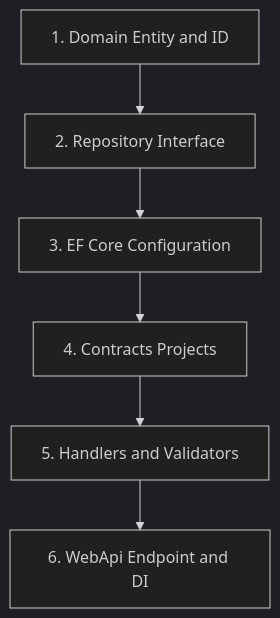
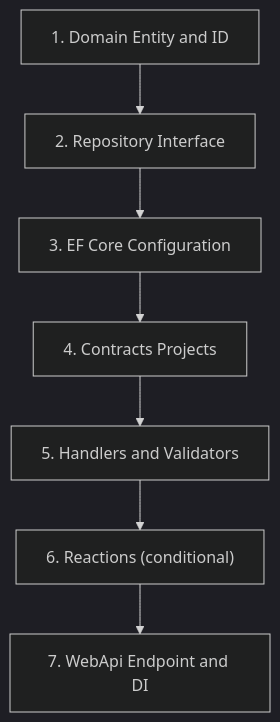
One commit to Litenova-Solutions/Engineering-Standards changed the diagram in docs/conventions/shared/agentic-guardrails.md. Above: the diagram before and after it, drawn with Mermaid (dark theme). The commit also changed other lines of this file and 20 other files, not shown here.

````diff
--- a/docs/conventions/shared/agentic-guardrails.md
+++ b/docs/conventions/shared/agentic-guardrails.md
@@ -59,15 +59,17 @@
 ```mermaid
 graph TD
     Step1["1. Domain Entity and ID"]
     Step2["2. Repository Interface"]
     Step3["3. EF Core Configuration"]
     Step4["4. Contracts Projects"]
     Step5["5. Handlers and Validators"]
-    Step6["6. WebApi Endpoint and DI"]
+    Step6["6. Reactions (conditional)"]
+    Step7["7. WebApi Endpoint and DI"]
 
     Step1 --> Step2
     Step2 --> Step3
     Step3 --> Step4
     Step4 --> Step5
     Step5 --> Step6
+    Step6 --> Step7
 ```
````
